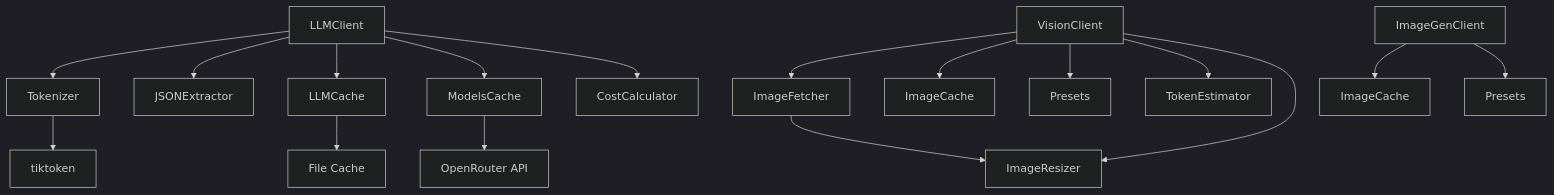
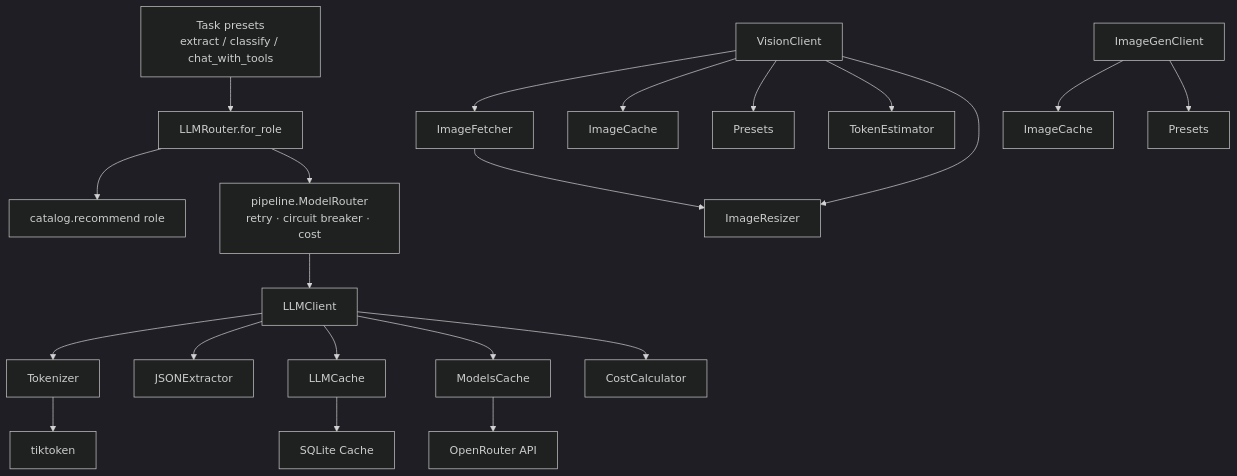
The first of 3 diagrams in django_cfg/modules/django_llm/README.md (markolofsen/django-cfg), drawn with Mermaid (dark theme) before and after one commit. The commit also changed other lines of this file and 49 other files, not shown here.

````diff
--- a/django_cfg/modules/django_llm/README.md
+++ b/django_cfg/modules/django_llm/README.md
@@ -52,23 +71,28 @@
 ```mermaid
 graph TD
-    A[LLMClient] --> B[Tokenizer]
+    PRE[Task presets<br/>extract / classify / chat_with_tools] --> RT[LLMRouter.for_role]
+    RT --> CAT[catalog.recommend role]
+    RT --> MR[pipeline.ModelRouter<br/>retry · circuit breaker · cost]
+    MR --> A[LLMClient]
+
+    A --> B[Tokenizer]
     A --> C[JSONExtractor]
     A --> D[LLMCache]
     A --> E[ModelsCache]
     A --> F[CostCalculator]
 
     G[VisionClient] --> H[ImageFetcher]
     G --> I[ImageCache]
     G --> J[Presets]
     G --> K[TokenEstimator]
     G --> R[ImageResizer]
 
     H --> R
 
     L[ImageGenClient] --> M[ImageCache]
     L --> N[Presets]
 
     B --> O[tiktoken]
-    D --> P[File Cache]
+    D --> P[SQLite Cache]
     E --> Q[OpenRouter API]
 ```
````
